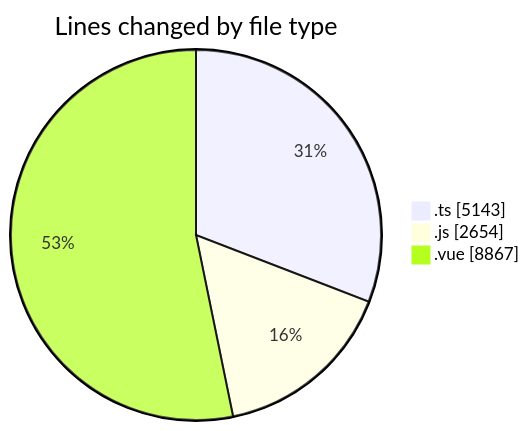
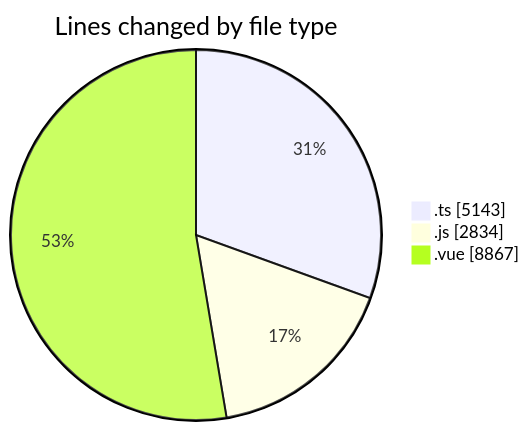
One commit to lephambinh05/code-tracking changed the first of 2 diagrams in 2025-08-16/rentotp/README.md. Above: the diagram before and after it, drawn with Mermaid. The commit also changed other lines of this file and 1 other file, not shown here.

````diff
--- a/2025-08-16/rentotp/README.md
+++ b/2025-08-16/rentotp/README.md
@@ -69,7 +70,7 @@
 ```mermaid
 pie showData
 title Lines changed by file type
 ".ts" : 5143
-".js" : 2654
+".js" : 2834
 ".vue" : 8867
 ```
````
